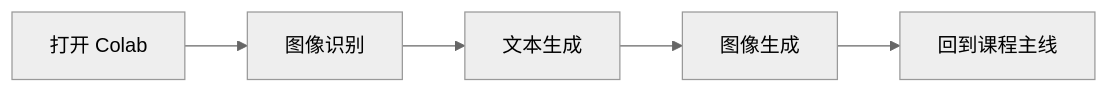
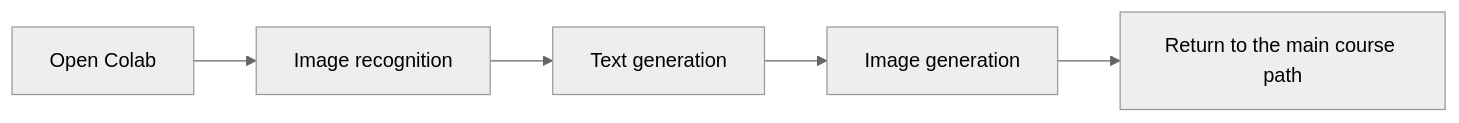
One commit to oudbiao/AI-fullstack-course changed the diagram in docs/intro/quick-experience.md. Above: the diagram before and after it, drawn with Mermaid (neutral theme). The commit also changed other lines of this file and 1406 other files, not shown here.

````diff
--- a/docs/intro/quick-experience.md
+++ b/docs/intro/quick-experience.md
@@ -16,7 +16,7 @@
 ```mermaid
 flowchart LR
-  A["打开 Colab"] --> B["图像识别"]
-  B --> C["文本生成"]
-  C --> D["图像生成"]
-  D --> E["回到课程主线"]
+  A["Open Colab"] --> B["Image recognition"]
+  B --> C["Text generation"]
+  C --> D["Image generation"]
+  D --> E["Return to the main course path"]
 ```
````
